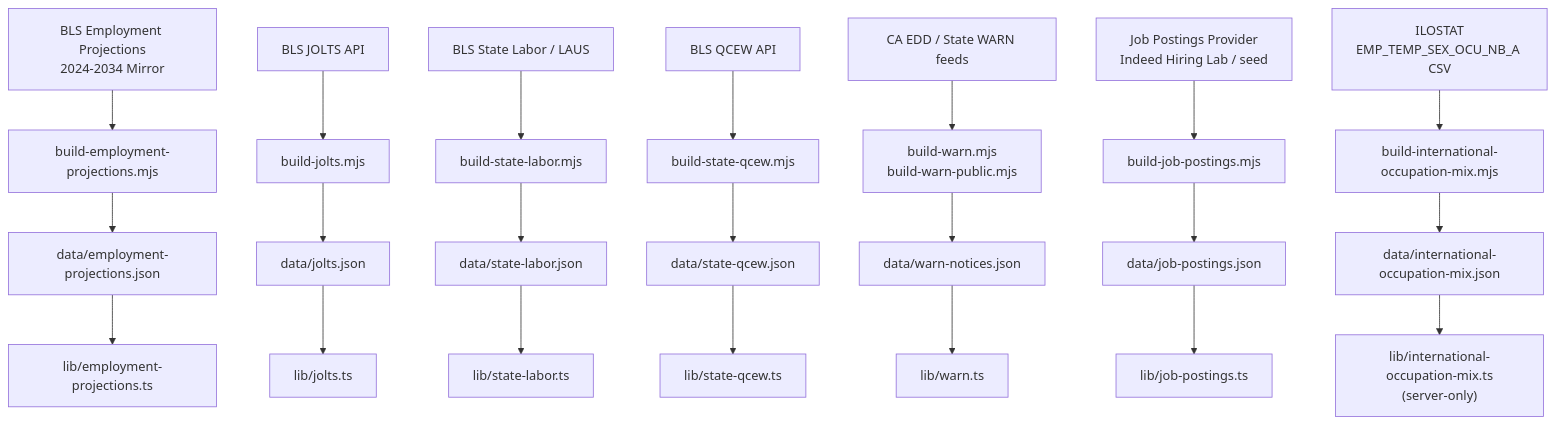
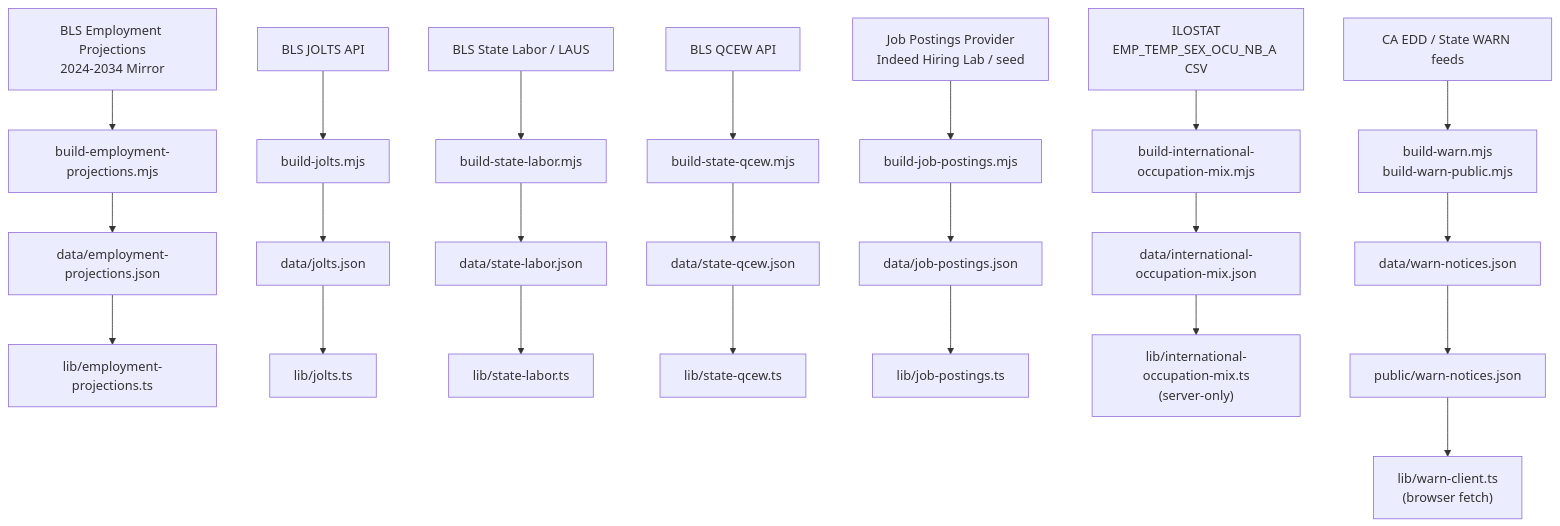
One commit to vibewatch/FutureGrid changed the diagram in docs/labor-market.md. Above: the diagram before and after it, drawn with Mermaid. The commit also changed other lines of this file and 11 other files, not shown here.

````diff
--- a/docs/labor-market.md
+++ b/docs/labor-market.md
@@ -80,42 +80,43 @@
 ```mermaid
 flowchart TD
     BLSEP[BLS Employment Projections\n2024-2034 Mirror]
     BLSJOLTS[BLS JOLTS API]
     BLSSTATE[BLS State Labor / LAUS]
     QCEWSRC[BLS QCEW API]
     WARNSRC[CA EDD / State WARN feeds]
     JOBPOST[Job Postings Provider\nIndeed Hiring Lab / seed]
     ILOSTAT[ILOSTAT\nEMP_TEMP_SEX_OCU_NB_A CSV]
 
     BEP["build-employment-projections.mjs"]
     BJOLTS["build-jolts.mjs"]
     BSL["build-state-labor.mjs"]
     BQCEW["build-state-qcew.mjs"]
     BWARN["build-warn.mjs\nbuild-warn-public.mjs"]
     BJP["build-job-postings.mjs"]
     BIOM["build-international-occupation-mix.mjs"]
 
     DEP["data/employment-projections.json"]
     DJOLTS["data/jolts.json"]
     DSL["data/state-labor.json"]
     DQCEW["data/state-qcew.json"]
     DWARN["data/warn-notices.json"]
     DJP["data/job-postings.json"]
     DIOM["data/international-occupation-mix.json"]
 
     LEP["lib/employment-projections.ts"]
     LJOLTS["lib/jolts.ts"]
     LSL["lib/state-labor.ts"]
     LQCEW["lib/state-qcew.ts"]
-    LWARN["lib/warn.ts"]
+    LWARN["lib/warn-client.ts\n(browser fetch)"]
     LJP["lib/job-postings.ts"]
     LIOM["lib/international-occupation-mix.ts\n(server-only)"]
 
     BLSEP --> BEP --> DEP --> LEP
     BLSJOLTS --> BJOLTS --> DJOLTS --> LJOLTS
     BLSSTATE --> BSL --> DSL --> LSL
     QCEWSRC --> BQCEW --> DQCEW --> LQCEW
-    WARNSRC --> BWARN --> DWARN --> LWARN
+    PWARN["public/warn-notices.json"]
+    WARNSRC --> BWARN --> DWARN --> PWARN --> LWARN
     JOBPOST --> BJP --> DJP --> LJP
     ILOSTAT --> BIOM --> DIOM --> LIOM
 ```
````
